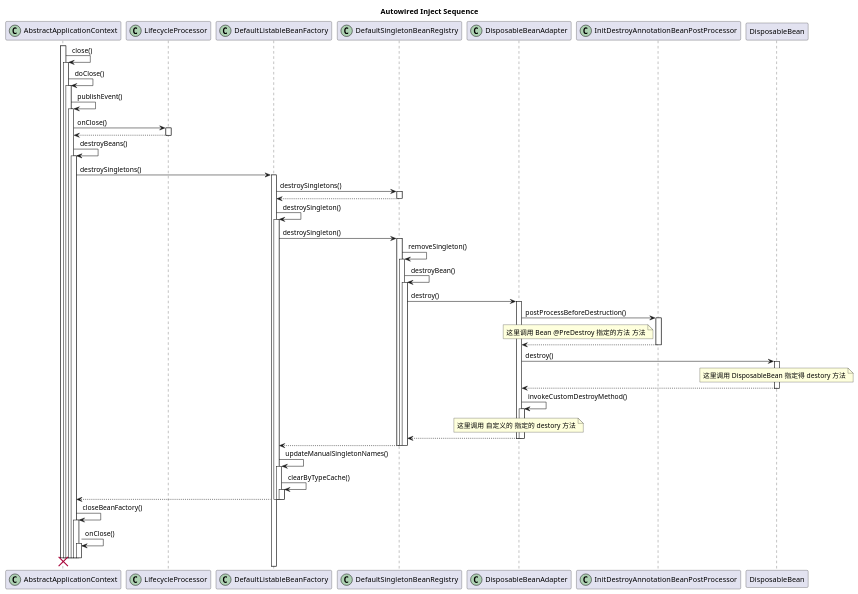
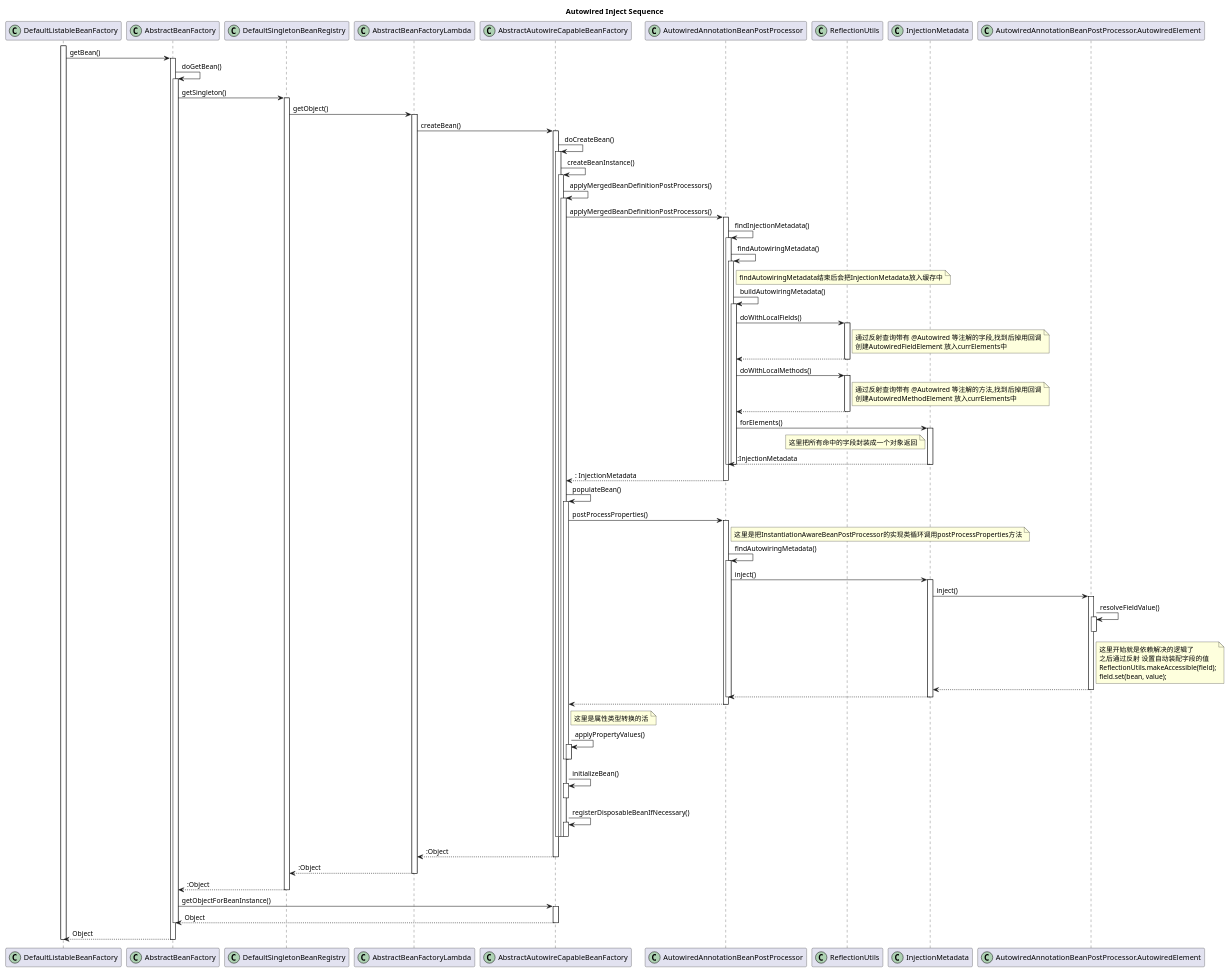
One commit to FantasybabyChange/thinking-in-spring changed the diagram in learn-ioc/doc/pics/autowireInjectSequence.puml. Above: the diagram before and after it, drawn with PlantUML. The commit also changed 5 other files, not shown here.

Commit message:
add sequence diragram

```diff
--- a/learn-ioc/doc/pics/autowireInjectSequence.puml
+++ b/learn-ioc/doc/pics/autowireInjectSequence.puml
@@ -1,67 +1,96 @@
 @startuml Autowired-Inject-Sequence
 title Autowired Inject Sequence
 ' !theme crt-amber
-participant AbstractApplicationContext  as aac  <<(C,#ADD1B2)>>
-participant LifecycleProcessor as lp <<(C,#ADD1B2)>> 
-participant DefaultListableBeanFactory as dlbf <<(C,#ADD1B2)>> 
+participant DefaultListableBeanFactory  as dlbf  <<(C,#ADD1B2)>>
+participant AbstractBeanFactory as abf <<(C,#ADD1B2)>> 
 participant DefaultSingletonBeanRegistry as dsbr <<(C,#ADD1B2)>> 
-participant DisposableBeanAdapter as dba <<(C,#ADD1B2)>> 
-participant InitDestroyAnnotationBeanPostProcessor as idabp <<(C,#ADD1B2)>>
-participant DisposableBean as db
-activate aac
-aac->aac ++:close()
-aac->aac ++:doClose()
-aac->aac ++:publishEvent()
-aac-> lp ++:onClose()
-return 
-aac-> aac ++:destroyBeans()
-aac->dlbf ++:destroySingletons()
-dlbf->dsbr ++:destroySingletons()
-return
-dlbf->dlbf ++:destroySingleton()
-dlbf->dsbr ++:destroySingleton()
-dsbr->dsbr ++:removeSingleton()
-dsbr->dsbr ++: destroyBean()
-dsbr->dba ++: destroy()
-dba->idabp ++: postProcessBeforeDestruction()
-note left of idabp
-    这里调用 Bean @PreDestroy 指定的方法 方法
-end note
-return
-dba->db ++:destroy()
-note over of db
-    这里调用 DisposableBean 指定得 destory 方法
-end note
-return
-dba->dba ++:invokeCustomDestroyMethod()
-note over of dba
-    这里调用 自定义的 指定的 destory 方法
-end note
-dba--> dsbr
-deactivate dba
-deactivate dba
-dsbr-->dlbf
-deactivate dsbr
-deactivate dsbr
-deactivate dsbr
-dlbf->dlbf ++:updateManualSingletonNames()
-dlbf->dlbf ++:clearByTypeCache()
-dlbf --> aac
-deactivate dlbf
-deactivate dlbf
-deactivate dlbf
-
-aac->aac ++: closeBeanFactory()
-aac->aac ++: onClose()
+participant AbstractBeanFactoryLambda as abflambda <<(C,#ADD1B2)>> 
+participant AbstractAutowireCapableBeanFactory as aacbf <<(C,#ADD1B2)>> 
+participant AutowiredAnnotationBeanPostProcessor as aabpp <<(C,#ADD1B2)>> 
+participant ReflectionUtils as rutils <<(C,#ADD1B2)>> 
+participant InjectionMetadata as imdata <<(C,#ADD1B2)>> 
+participant AutowiredAnnotationBeanPostProcessor.AutowiredElement as ielement <<(C,#ADD1B2)>> 
 
 
-deactivate aac
-deactivate aac
-deactivate aac
-deactivate aac
-deactivate aac
-deactivate aac
-deactivate aac
-destroy aac
 
+
+activate dlbf
+dlbf->abf ++:getBean()
+abf->abf ++:doGetBean()
+abf->dsbr ++:getSingleton()
+dsbr-> abflambda ++:getObject()
+abflambda ->aacbf ++:createBean()
+aacbf ->aacbf ++:doCreateBean()
+aacbf ->aacbf ++:createBeanInstance()
+aacbf ->aacbf ++:applyMergedBeanDefinitionPostProcessors()
+aacbf ->aabpp ++:applyMergedBeanDefinitionPostProcessors()
+aabpp ->aabpp ++:findInjectionMetadata()
+aabpp ->aabpp ++: findAutowiringMetadata()
+note right aabpp
+ findAutowiringMetadata结束后会把InjectionMetadata放入缓存中
+end note
+aabpp ->aabpp ++: buildAutowiringMetadata()
+aabpp ->rutils ++:doWithLocalFields()
+note right of rutils
+    通过反射查询带有 @Autowired 等注解的字段,找到后掉用回调
+    创建AutowiredFieldElement 放入currElements中
+end note
+return 
+aabpp ->rutils ++:doWithLocalMethods()
+note right of rutils
+    通过反射查询带有 @Autowired 等注解的方法,找到后掉用回调
+    创建AutowiredMethodElement 放入currElements中
+end note
+return 
+aabpp ->imdata ++:forElements()
+note left of imdata
+    这里把所有命中的字段封装成一个对象返回
+end note
+return:InjectionMetadata
+deactivate aabpp
+deactivate aabpp
+deactivate aabpp
+return: InjectionMetadata
+
+aacbf->aacbf ++:populateBean()
+aacbf-> aabpp ++:postProcessProperties()
+note right aabpp
+这里是把InstantiationAwareBeanPostProcessor的实现类循环调用postProcessProperties方法
+end note
+aabpp -> aabpp ++:findAutowiringMetadata()
+aabpp -> imdata ++:inject()
+imdata -> ielement ++:inject()
+ielement -> ielement ++:resolveFieldValue()
+note right ielement
+这里开始就是依赖解决的逻辑了
+之后通过反射 设置自动装配字段的值
+ReflectionUtils.makeAccessible(field);
+field.set(bean, value);
+end note
+deactivate ielement
+return
+return
+deactivate aabpp
+return
+note right aacbf
+ 这里是属性类型转换的活
+end note
+aacbf -> aacbf ++:applyPropertyValues()
+deactivate aacbf
+deactivate aacbf
+aacbf -> aacbf ++:initializeBean()
+deactivate aacbf
+aacbf -> aacbf ++: registerDisposableBeanIfNecessary()
+deactivate aacbf
+deactivate aacbf
+deactivate aacbf
+deactivate aacbf
+return:Object
+return:Object
+return:Object
+abf -> aacbf ++:getObjectForBeanInstance()
+return Object
+deactivate abf
+return Object
+deactivate dlbf
 @enduml
```
